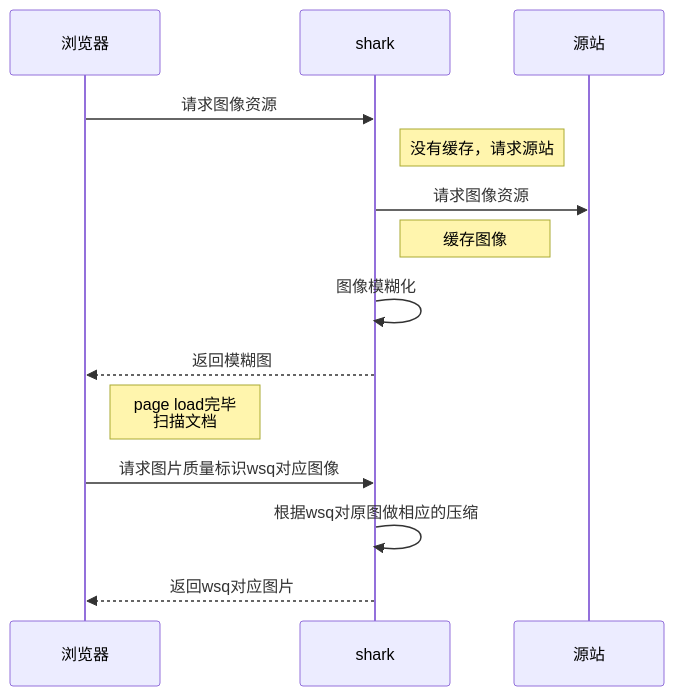
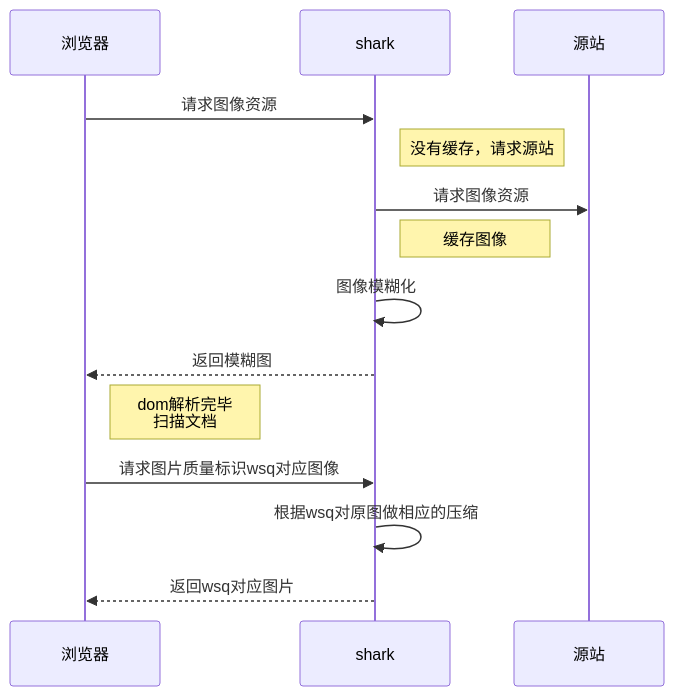
Before and after one commit to francecil/blog: the second of 6 diagrams in Learning/2018Q2/图片分层加载.md, drawn with Mermaid. The commit also changed other lines of this file and 7 other files, not shown here.

````diff
--- a/Learning/2018Q2/图片分层加载.md
+++ b/Learning/2018Q2/图片分层加载.md
@@ -69,16 +69,16 @@
 ```mermaid
 sequenceDiagram
 participant 浏览器
 participant shark
 participant 源站
 浏览器 ->> shark:请求图像资源
 Note right of shark:没有缓存，请求源站
 shark ->> 源站:请求图像资源
 Note right of shark:缓存图像
 shark ->> shark:图像模糊化
 shark -->> 浏览器:返回模糊图
-Note right of 浏览器:page load完毕<br/>扫描文档
+Note right of 浏览器:dom解析完毕<br/>扫描文档
 浏览器 ->> shark:请求图片质量标识wsq对应图像
 shark ->> shark:根据wsq对原图做相应的压缩
 shark -->>浏览器:返回wsq对应图片
 ```
````
